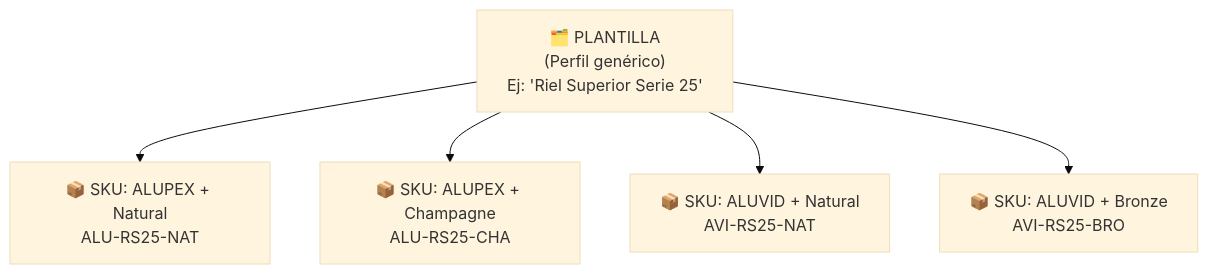
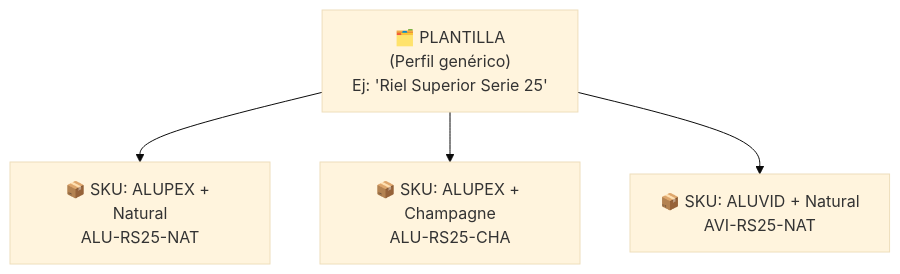
Before and after one commit to redentor159/sistema-erp-inventario: the first of 2 diagrams in public/docs/tutoriales/T03_TUTORIAL_CATALOGO.md, drawn with Mermaid (base theme). The commit also changed other lines of this file and 18 other files, not shown here.

````diff
--- a/public/docs/tutoriales/T03_TUTORIAL_CATALOGO.md
+++ b/public/docs/tutoriales/T03_TUTORIAL_CATALOGO.md
@@ -22,7 +20,6 @@
 ```mermaid
 graph TD
     P["🗂️ PLANTILLA<br/>(Perfil genérico)<br/>Ej: 'Riel Superior Serie 25'"] --> S1["📦 SKU: ALUPEX + Natural<br/>ALU-RS25-NAT"]
     P --> S2["📦 SKU: ALUPEX + Champagne<br/>ALU-RS25-CHA"]
     P --> S3["📦 SKU: ALUVID + Natural<br/>AVI-RS25-NAT"]
-    P --> S4["📦 SKU: ALUVID + Bronze<br/>AVI-RS25-BRO"]
 ```
````
